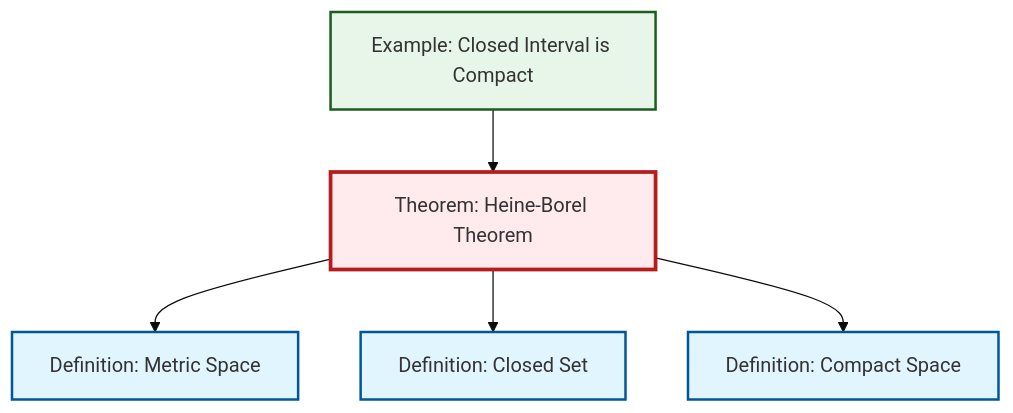
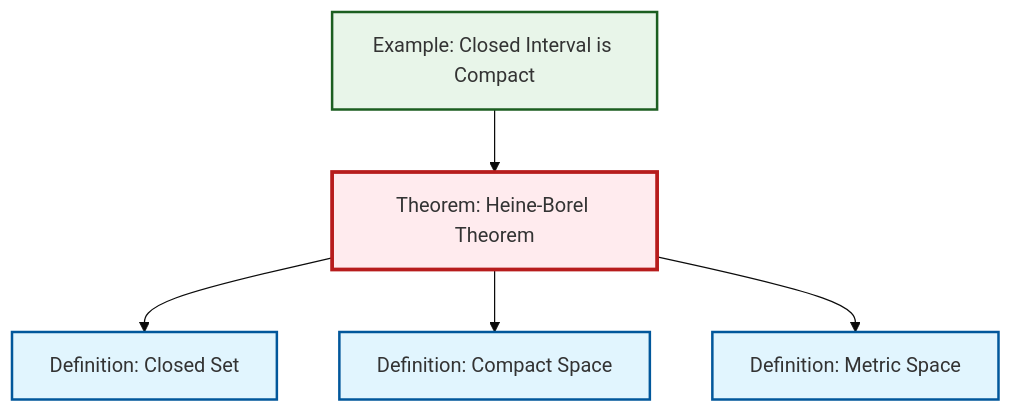
Before and after one commit to RK0429/ModernMath: the diagram in content/en/topology/thm-heine-borel.qmd, drawn with Mermaid (base theme). The commit also changed other lines of this file and 619 other files, not shown here.

````diff
--- a/content/en/topology/thm-heine-borel.qmd
+++ b/content/en/topology/thm-heine-borel.qmd
@@ -46,23 +46,23 @@
 ```{mermaid}
 %%| fig-cap: "Local dependency graph"
 graph TD
     classDef definition fill:#e1f5fe,stroke:#01579b,stroke-width:2px
     classDef theorem fill:#f3e5f5,stroke:#4a148c,stroke-width:2px
     classDef axiom fill:#fff3e0,stroke:#e65100,stroke-width:2px
     classDef example fill:#e8f5e9,stroke:#1b5e20,stroke-width:2px
     classDef current fill:#ffebee,stroke:#b71c1c,stroke-width:3px
+    ex-closed-interval-compact["Example: Closed Interval is Compact"]:::example
     def-compact["Definition: Compact Space"]:::definition
+    def-metric-space["Definition: Metric Space"]:::definition
     def-closed-set["Definition: Closed Set"]:::definition
     thm-heine-borel["Theorem: Heine-Borel Theorem"]:::theorem
-    def-metric-space["Definition: Metric Space"]:::definition
-    ex-closed-interval-compact["Example: Closed Interval is Compact"]:::example
+    thm-heine-borel --> def-closed-set
+    thm-heine-borel --> def-compact
     thm-heine-borel --> def-metric-space
     ex-closed-interval-compact --> thm-heine-borel
-    thm-heine-borel --> def-closed-set
-    thm-heine-borel --> def-compact
     class thm-heine-borel current
+    click ex-closed-interval-compact "ex-closed-interval-compact.html" "Go to Closed Interval is Compact example"
     click def-compact "def-compact.html" "Go to Compact Space definition"
+    click def-metric-space "def-metric-space.html" "Go to Metric Space definition"
     click def-closed-set "def-closed-set.html" "Go to Closed Set definition"
-    click def-metric-space "def-metric-space.html" "Go to Metric Space definition"
-    click ex-closed-interval-compact "ex-closed-interval-compact.html" "Go to Closed Interval is Compact example"
 ```
````
